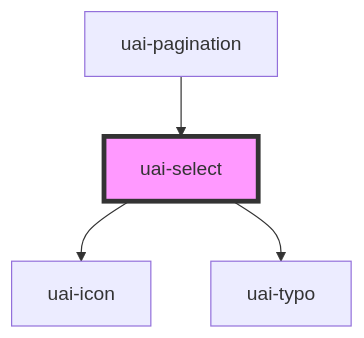
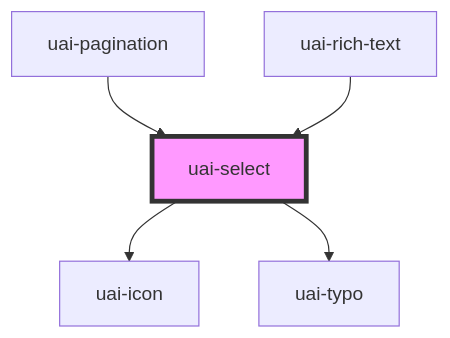
The diagram in src/components/uai-select/readme.md (takenet/blip-ds), drawn with Mermaid before and after one commit. The commit also changed other lines of this file and 27 other files, not shown here.

First line of the commit message:
feat(uai-rich-text): add UAI rich text field for HTML content

````diff
--- a/src/components/uai-select/readme.md
+++ b/src/components/uai-select/readme.md
@@ -108,7 +109,8 @@
 ```mermaid
 graph TD;
   uai-select --> uai-icon
   uai-select --> uai-typo
   uai-pagination --> uai-select
+  uai-rich-text --> uai-select
   style uai-select fill:#f9f,stroke:#333,stroke-width:4px
 ```
````
